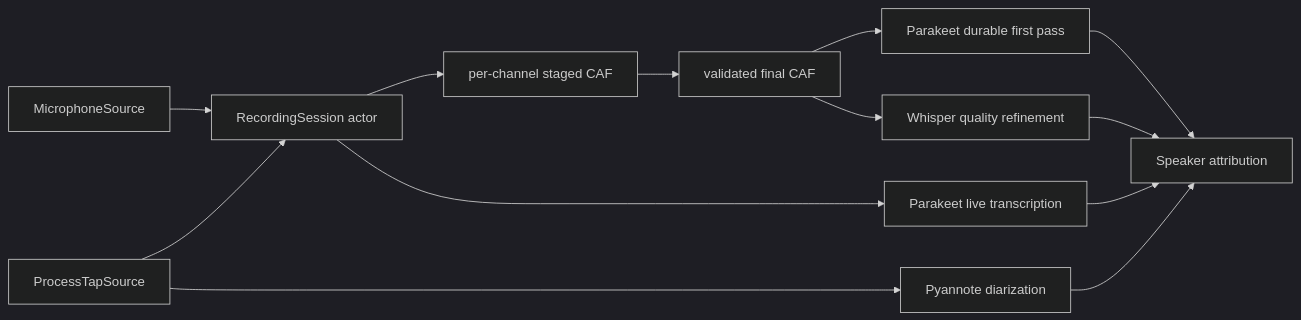
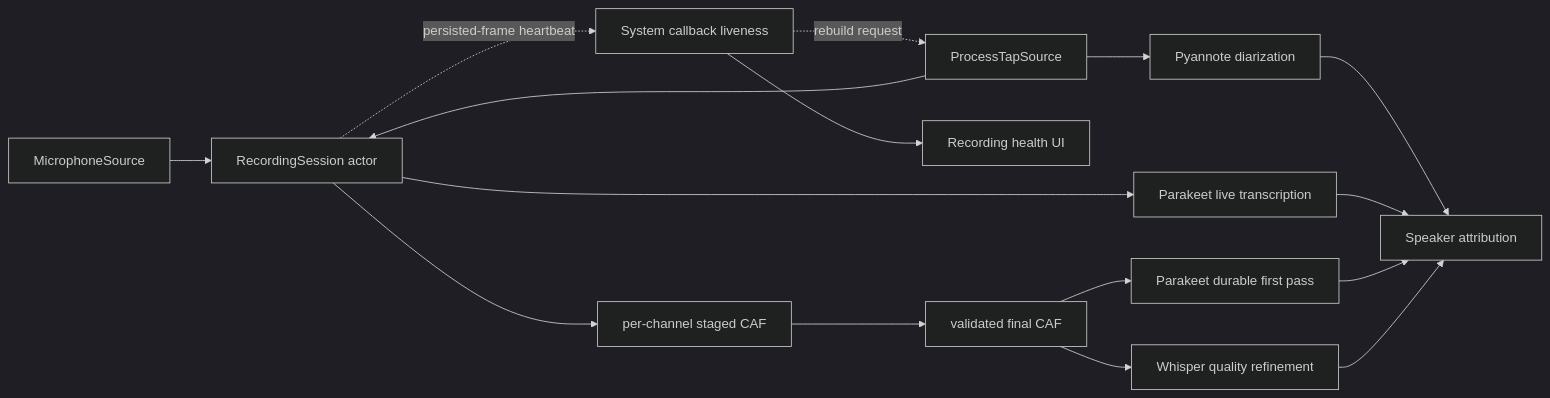
The third of 3 diagrams in docs/ARCHITECTURE.md (johnny4young/portavoz), drawn with Mermaid (dark theme) before and after one commit. The commit also changed other lines of this file and 24 other files, not shown here.

````diff
--- a/docs/ARCHITECTURE.md
+++ b/docs/ARCHITECTURE.md
@@ -499,15 +511,18 @@
 ```mermaid
 flowchart LR
     MIC[MicrophoneSource] --> SESSION[RecordingSession actor]
     SYSTEM[ProcessTapSource] --> SESSION
     SESSION --> STAGED[per-channel staged CAF]
+    SESSION -. persisted-frame heartbeat .-> HEALTH[System callback liveness]
+    HEALTH -. rebuild request .-> SYSTEM
+    HEALTH --> NOTICE[Recording health UI]
     STAGED --> FINAL[validated final CAF]
     SESSION --> LIVE[Parakeet live transcription]
     FINAL --> DURABLE[Parakeet durable first pass]
     FINAL --> REFINE[Whisper quality refinement]
     SYSTEM --> DIARIZE[Pyannote diarization]
     DIARIZE --> ATTRIBUTE[Speaker attribution]
     LIVE --> ATTRIBUTE
     DURABLE --> ATTRIBUTE
     REFINE --> ATTRIBUTE
 ```
````
